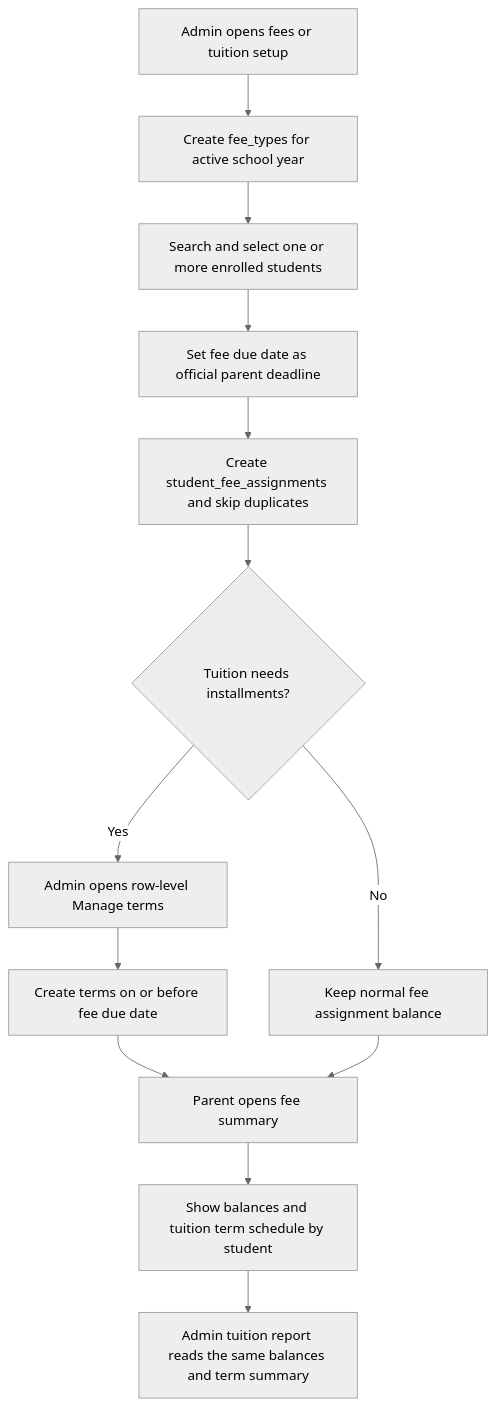
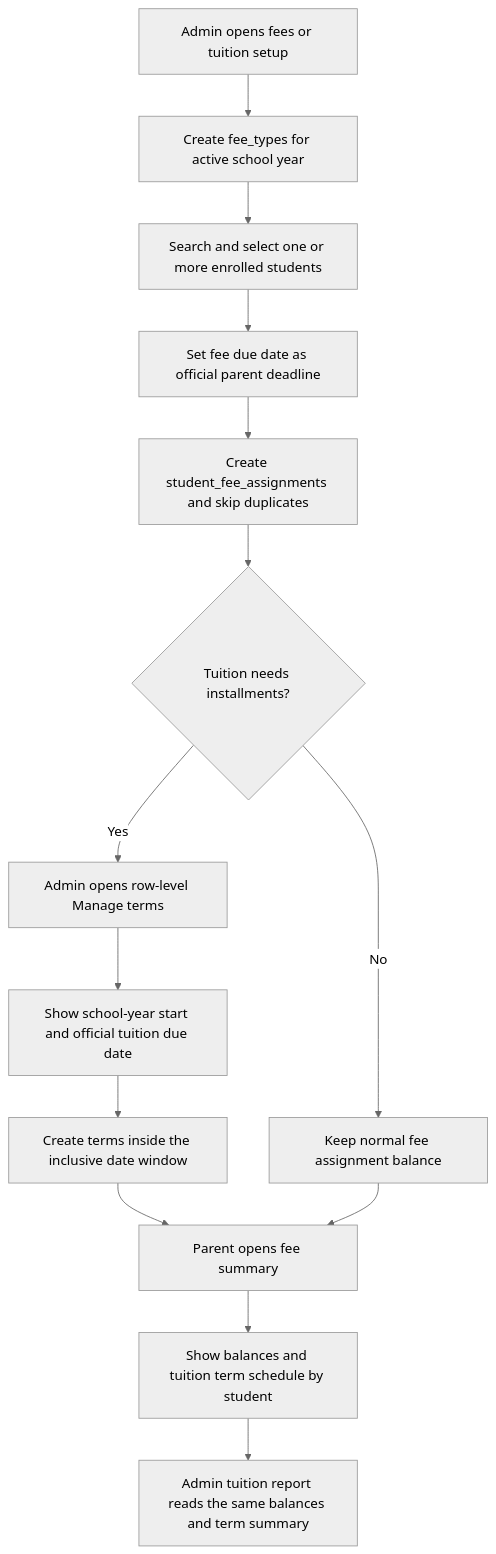
Diagram 17 of 22 in docs/PROJECT_FLOWCHARTS.md (Xeyn19/xmetapay), drawn with Mermaid (neutral theme) before and after one commit. The commit also changed 13 other files, not shown here.

````diff
--- a/docs/PROJECT_FLOWCHARTS.md
+++ b/docs/PROJECT_FLOWCHARTS.md
@@ -565,15 +565,16 @@
 ```mermaid
 flowchart TD
   A["Admin opens fees or tuition setup"] --> B["Create fee_types for active school year"]
   B --> C["Search and select one or more enrolled students"]
   C --> D["Set fee due date as official parent deadline"]
   D --> E["Create student_fee_assignments and skip duplicates"]
   E --> F{"Tuition needs installments?"}
   F -->|Yes| G["Admin opens row-level Manage terms"]
-  G --> H["Create terms on or before fee due date"]
+  G --> H["Show school-year start and official tuition due date"]
+  H --> M["Create terms inside the inclusive date window"]
   F -->|No| I["Keep normal fee assignment balance"]
-  H --> J["Parent opens fee summary"]
+  M --> J["Parent opens fee summary"]
   I --> J
   J --> K["Show balances and tuition term schedule by student"]
   K --> L["Admin tuition report reads the same balances and term summary"]
 ```
````
